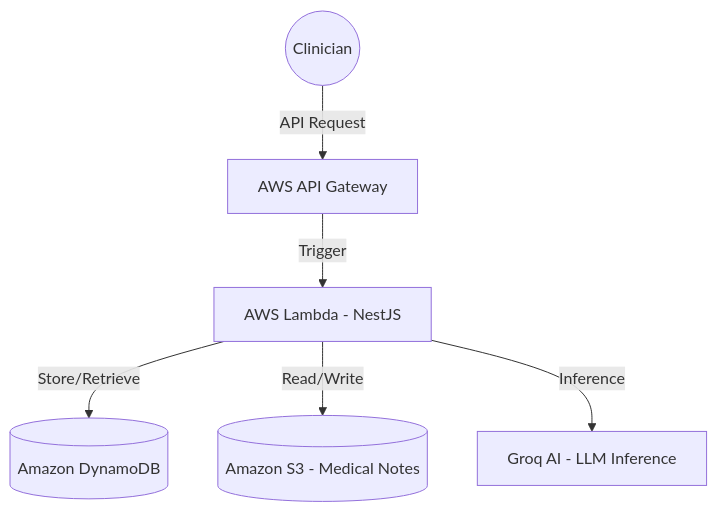
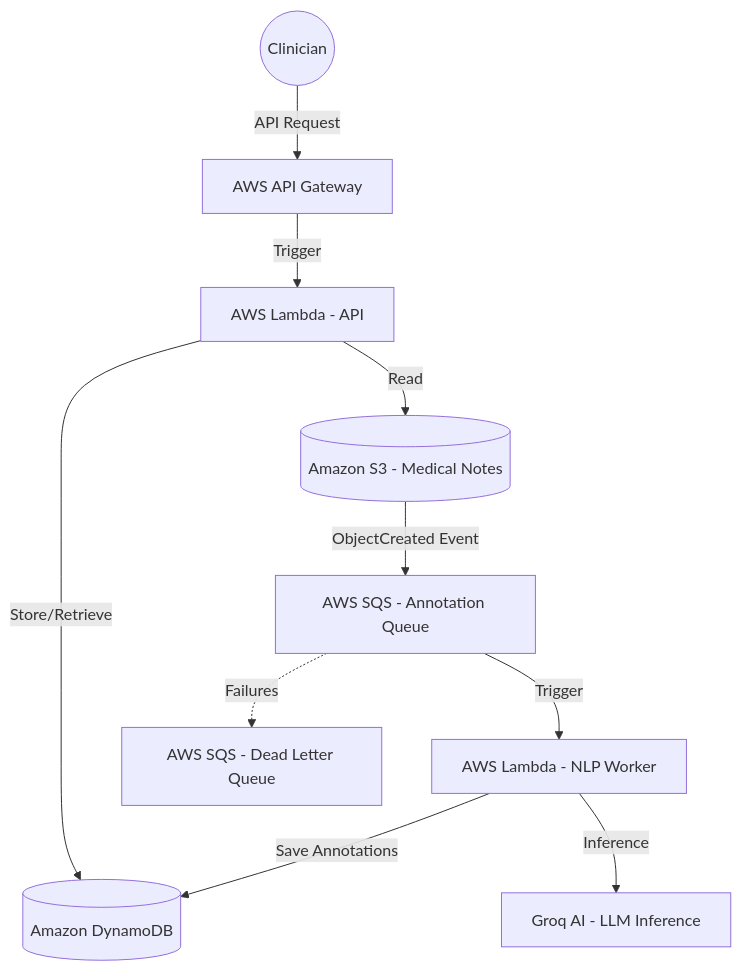
Before and after one commit to harsh-vardhhan/EHR-backend: the diagram in README.md, drawn with Mermaid. The commit also changed other lines of this file, not shown here.

Commit message:
docs: update AWS Architecture diagram and components to reflect event-driven scaling

````diff
--- a/README.md
+++ b/README.md
@@ -13,8 +13,14 @@
 ```mermaid
 graph TD
     User((Clinician)) -->|API Request| APIGateway[AWS API Gateway]
-    APIGateway -->|Trigger| Lambda[AWS Lambda - NestJS]
-    Lambda -->|Store/Retrieve| DynamoDB[(Amazon DynamoDB)]
-    Lambda -->|Read/Write| S3[(Amazon S3 - Medical Notes)]
-    Lambda -->|Inference| Groq[Groq AI - LLM Inference]
+    APIGateway -->|Trigger| LambdaAPI[AWS Lambda - API]
+    LambdaAPI -->|Store/Retrieve| DynamoDB[(Amazon DynamoDB)]
+    LambdaAPI -->|Read| S3[(Amazon S3 - Medical Notes)]
+
+    S3 -->|ObjectCreated Event| SQS[AWS SQS - Annotation Queue]
+    SQS -->|Trigger| LambdaWorker[AWS Lambda - NLP Worker]
+    SQS -.->|Failures| DLQ[AWS SQS - Dead Letter Queue]
+    
+    LambdaWorker -->|Inference| Groq[Groq AI - LLM Inference]
+    LambdaWorker -->|Save Annotations| DynamoDB
 ```
````
